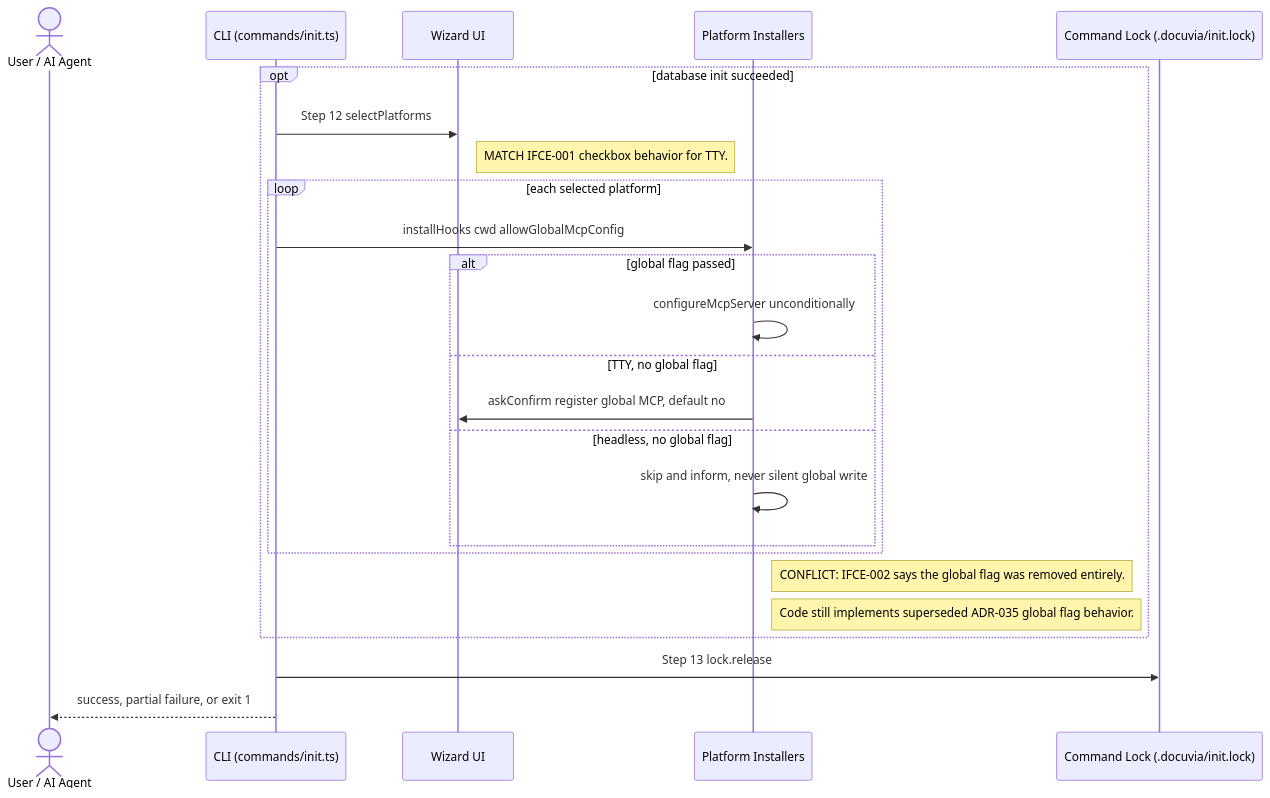
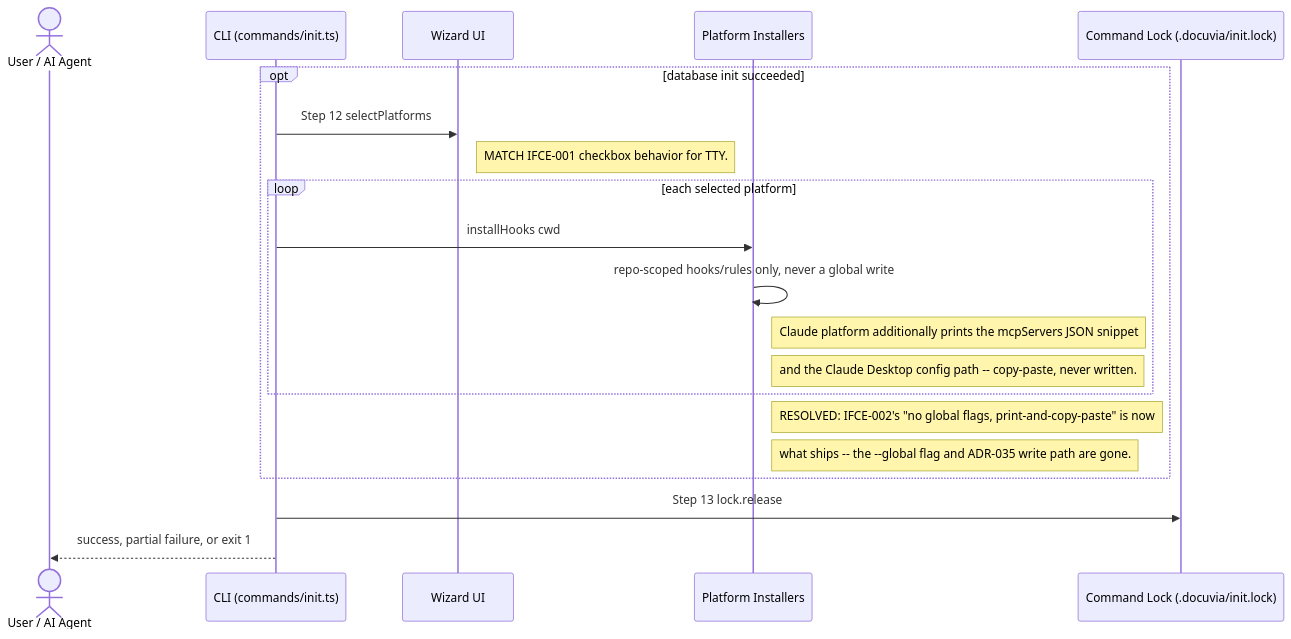
Before and after one commit to dyphn1/Docuvia: the sixth of 6 diagrams in docs/gitbook/workflows/init-execution-flow.md, drawn with Mermaid. The commit also changed other lines of this file and 18 other files, not shown here.

````diff
--- a/docs/gitbook/workflows/init-execution-flow.md
+++ b/docs/gitbook/workflows/init-execution-flow.md
@@ -145,28 +145,24 @@
 ```mermaid
 sequenceDiagram
     actor User as User / AI Agent
     participant CLI as CLI (commands/init.ts)
     participant Wizard as Wizard UI
     participant Plat as Platform Installers
     participant Lock as Command Lock (.docuvia/init.lock)
 
     opt database init succeeded
         CLI->>Wizard: Step 12 selectPlatforms
         Note right of Wizard: MATCH IFCE-001 checkbox behavior for TTY.
         loop each selected platform
-            CLI->>Plat: installHooks cwd allowGlobalMcpConfig
-            alt global flag passed
-                Plat->>Plat: configureMcpServer unconditionally
-            else TTY, no global flag
-                Plat->>Wizard: askConfirm register global MCP, default no
-            else headless, no global flag
-                Plat->>Plat: skip and inform, never silent global write
-            end
+            CLI->>Plat: installHooks cwd
+            Plat->>Plat: repo-scoped hooks/rules only, never a global write
+            Note right of Plat: Claude platform additionally prints the mcpServers JSON snippet
+            Note right of Plat: and the Claude Desktop config path -- copy-paste, never written.
         end
-        Note right of Plat: CONFLICT: IFCE-002 says the global flag was removed entirely.
-        Note right of Plat: Code still implements superseded ADR-035 global flag behavior.
+        Note right of Plat: RESOLVED: IFCE-002's "no global flags, print-and-copy-paste" is now
+        Note right of Plat: what ships -- the --global flag and ADR-035 write path are gone.
     end
 
     CLI->>Lock: Step 13 lock.release
     CLI-->>User: success, partial failure, or exit 1
 ```
````
